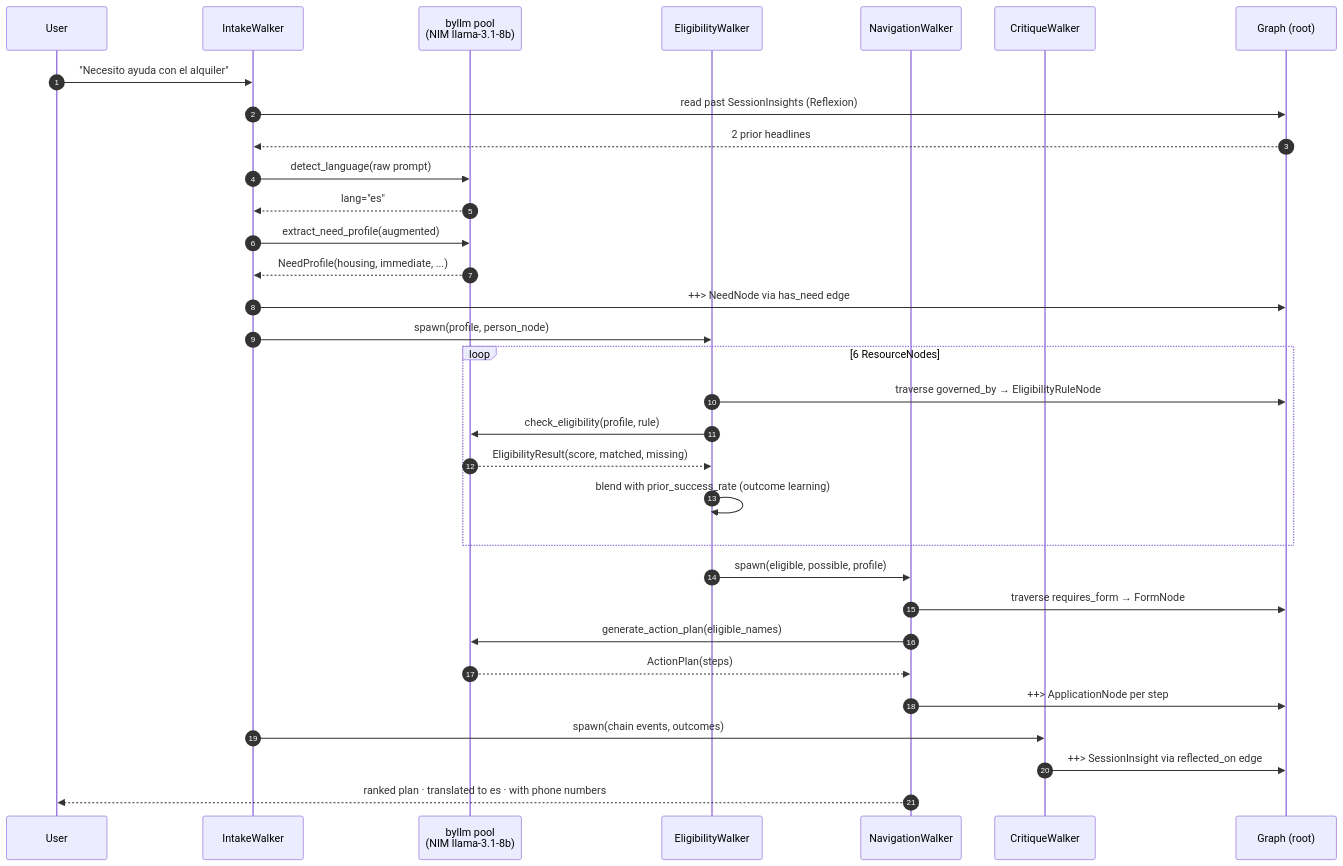
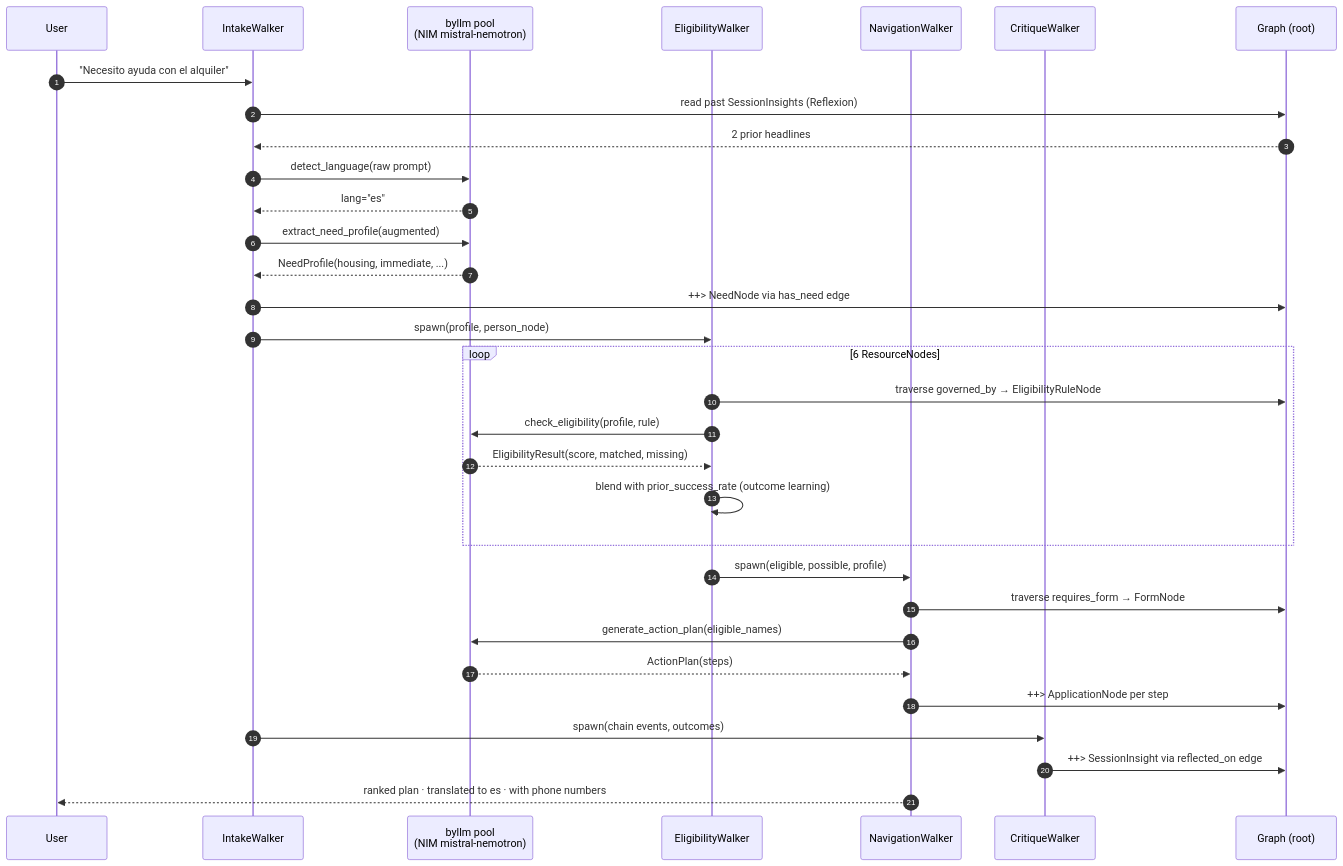
The second of 7 diagrams in README.md (Anbu-00001/CivicMesh), drawn with Mermaid before and after one commit. The commit also changed other lines of this file and 11 other files, not shown here.

Commit message:
Fix stuck chat: replace EOL NIM model, guard LLM calls, unhang client on walker errors, disable stale topology index

````diff
--- a/README.md
+++ b/README.md
@@ -124,39 +124,39 @@
 ```mermaid
 sequenceDiagram
     autonumber
     participant U as User
     participant I as IntakeWalker
-    participant LLM as byllm pool<br/>(NIM llama-3.1-8b)
+    participant LLM as byllm pool<br/>(NIM mistral-nemotron)
     participant E as EligibilityWalker
     participant N as NavigationWalker
     participant C as CritiqueWalker
     participant G as Graph (root)
 
     U->>I: "Necesito ayuda con el alquiler"
     I->>G: read past SessionInsights (Reflexion)
     G-->>I: 2 prior headlines
     I->>LLM: detect_language(raw prompt)
     LLM-->>I: lang="es"
     I->>LLM: extract_need_profile(augmented)
     LLM-->>I: NeedProfile(housing, immediate, ...)
     I->>G: ++> NeedNode via has_need edge
     I->>E: spawn(profile, person_node)
 
     loop 6 ResourceNodes
         E->>G: traverse governed_by → EligibilityRuleNode
         E->>LLM: check_eligibility(profile, rule)
         LLM-->>E: EligibilityResult(score, matched, missing)
         E->>E: blend with prior_success_rate (outcome learning)
     end
 
     E->>N: spawn(eligible, possible, profile)
     N->>G: traverse requires_form → FormNode
     N->>LLM: generate_action_plan(eligible_names)
     LLM-->>N: ActionPlan(steps)
     N->>G: ++> ApplicationNode per step
 
     I->>C: spawn(chain events, outcomes)
     C->>G: ++> SessionInsight via reflected_on edge
 
     N-->>U: ranked plan · translated to es · with phone numbers
 ```
````
